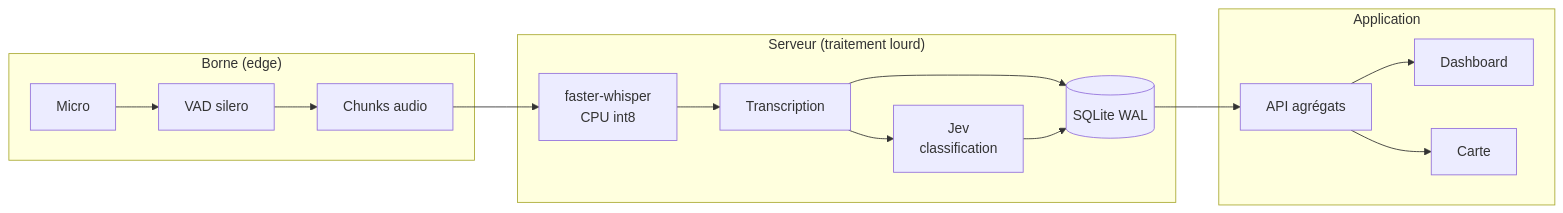
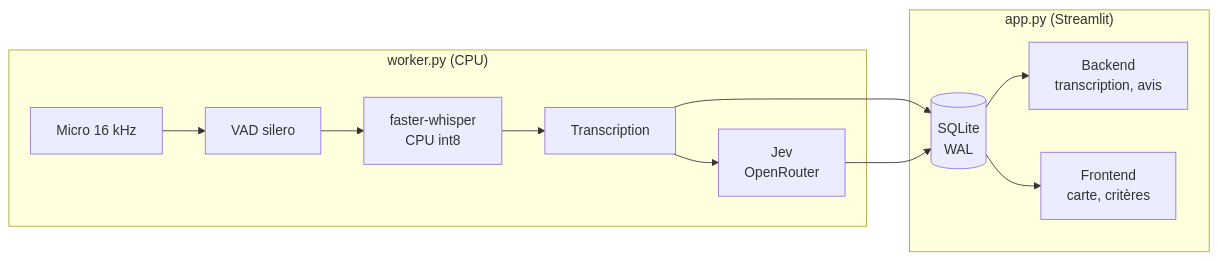
The diagram in slidev/slides.md (exhumea/hackathon-tourisme-isere), drawn with Mermaid before and after one commit. The commit also changed other lines of this file, not shown here.

````diff
--- a/slidev/slides.md
+++ b/slidev/slides.md
@@ -451,21 +460,17 @@
 ```mermaid
 flowchart LR
-    subgraph Borne["Borne (edge)"]
-        MIC[Micro] --> VAD[VAD silero]
-        VAD --> CHUNK[Chunks audio]
+    subgraph Worker["worker.py (CPU)"]
+        MIC[Micro 16 kHz] --> VAD[VAD silero]
+        VAD --> STT[faster-whisper<br/>CPU int8]
+        STT --> TXT[Transcription]
+        TXT --> JEV[Jev<br/>OpenRouter]
     end
 
-    subgraph Serveur["Serveur (traitement lourd)"]
-        CHUNK --> STT[faster-whisper<br/>CPU int8]
-        STT --> TXT[Transcription]
-        TXT --> JEV[Jev<br/>classification]
-        TXT --> DB[(SQLite WAL)]
-        JEV --> DB
-    end
+    TXT --> DB[(SQLite<br/>WAL)]
+    JEV --> DB
 
-    subgraph App["Application"]
-        DB --> API[API agrégats]
-        API --> DASH[Dashboard]
-        API --> MAP[Carte]
+    subgraph App["app.py (Streamlit)"]
+        DB --> BACK[Backend<br/>transcription, avis]
+        DB --> FRONT[Frontend<br/>carte, critères]
     end
 ```
````
